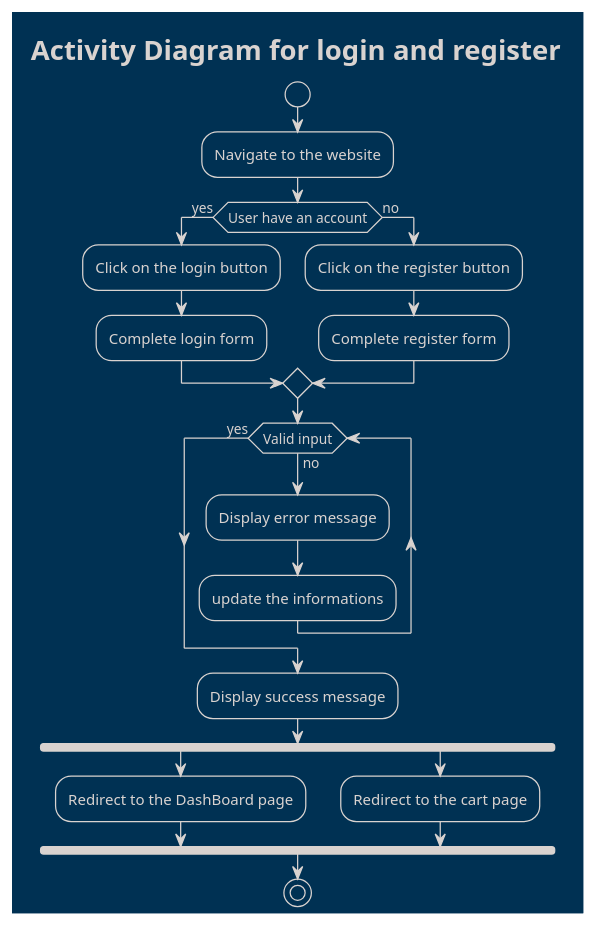
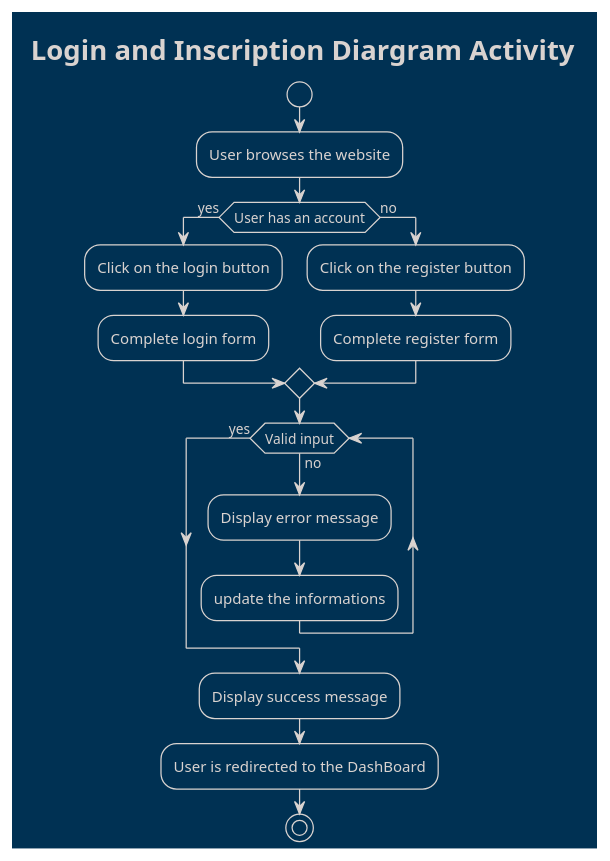
One commit to Pixeloceax/HarmonyHeaven changed the diagram in diagram/activity/login.wsd. Above: the diagram before and after it, drawn with PlantUML. The commit also changed 1 other file, not shown here.

Commit message:
activity digrams updates

```diff
--- a/diagram/activity/login.wsd
+++ b/diagram/activity/login.wsd
@@ -1,31 +1,25 @@
 @startuml activity login and register
 !theme blueprint
-title Activity Diagram for login and register
+title Login and Inscription Diargram Activity
+start
+:User browses the website;
 
-start
-:Navigate to the website;
-
-if(User have an account) then (yes)
+if(User has an account) then (yes)
 :Click on the login button;
 :Complete login form;
-
 
 else (no)
 :Click on the register button;
 :Complete register form;
 endif
 while(Valid input) is (no)
 :Display error message;
 :update the informations;
 
 endwhile (yes)
 :Display success message;
 
-fork
-:Redirect to the DashBoard page;
-fork again
-:Redirect to the cart page;
-endfork
+:User is redirected to the DashBoard;
 stop
 
 @enduml
```
